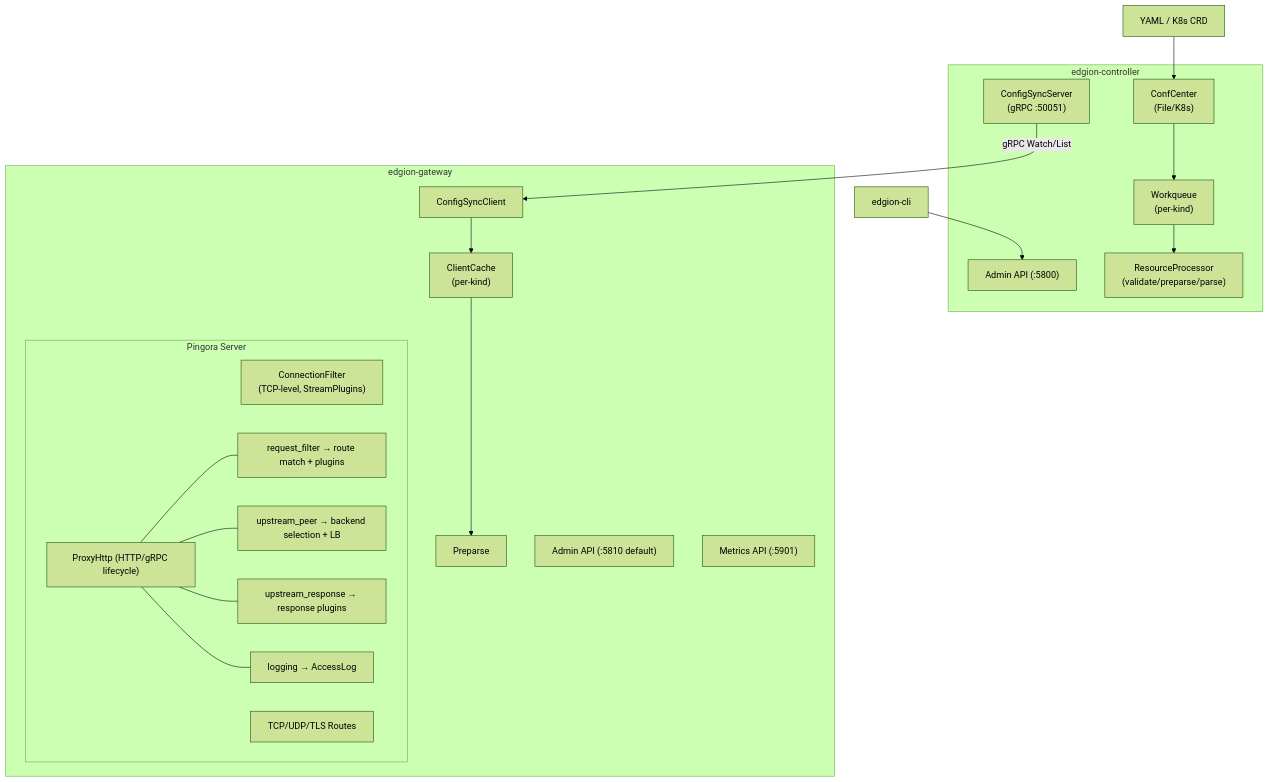
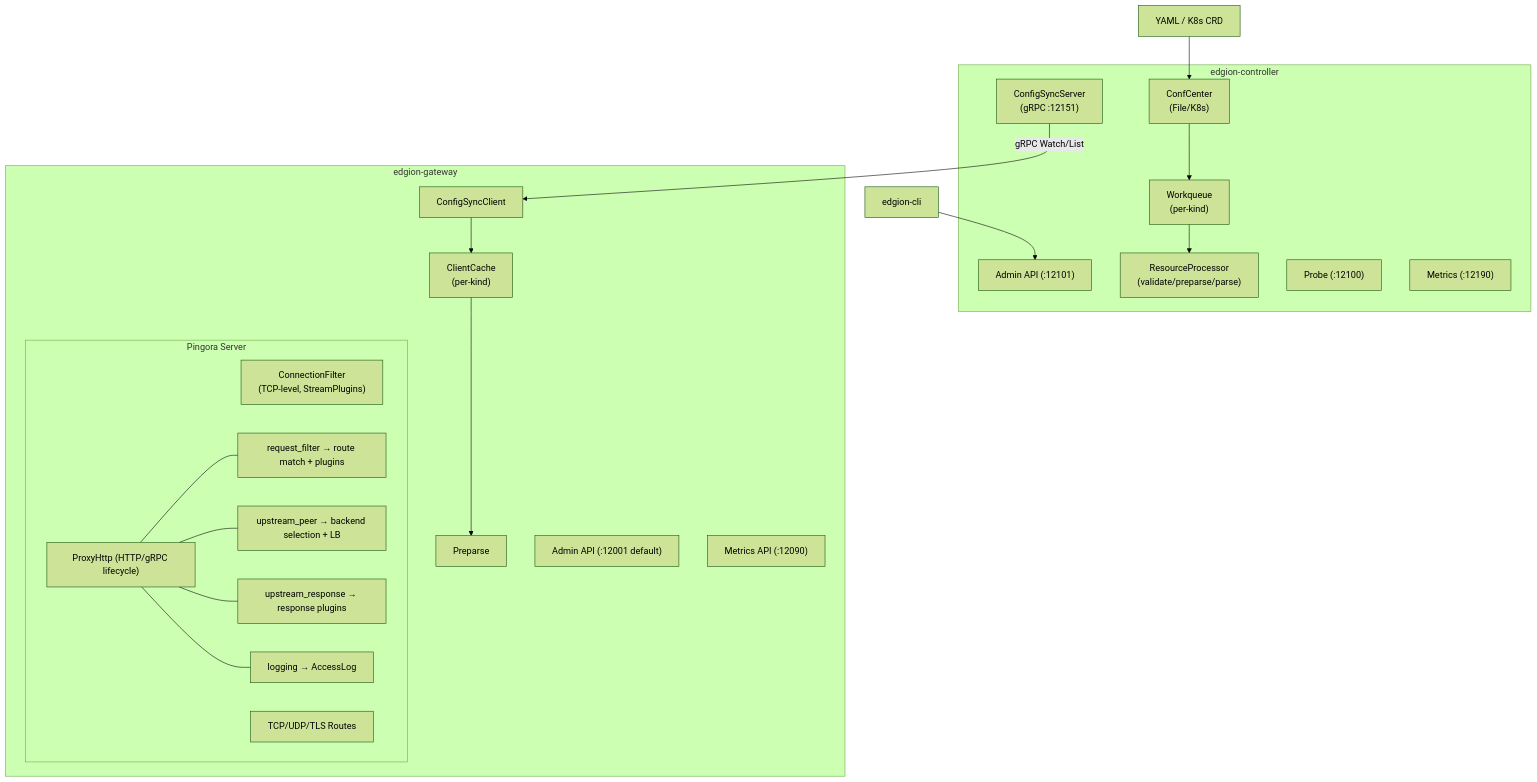
The diagram in skills/01-architecture/00-common/00-project-overview.md (Pandaala/Edgion), drawn with Mermaid (forest theme) before and after one commit. The commit also changed 126 other files, not shown here.

````diff
--- a/skills/01-architecture/00-common/00-project-overview.md
+++ b/skills/01-architecture/00-common/00-project-overview.md
@@ -10,32 +10,34 @@
 ```mermaid
 flowchart TD
     YAML["YAML / K8s CRD"] --> CC
     CLI["edgion-cli"] --> AdminCtrl
 
     subgraph Controller["edgion-controller"]
         CC["ConfCenter\n(File/K8s)"] --> WQ["Workqueue\n(per-kind)"] --> RP["ResourceProcessor\n(validate/preparse/parse)"]
-        AdminCtrl["Admin API (:5800)"]
-        SyncServer["ConfigSyncServer\n(gRPC :50051)"]
+        AdminCtrl["Admin API (:12101)"]
+        ProbeCtrl["Probe (:12100)"]
+        MetricsCtrl["Metrics (:12190)"]
+        SyncServer["ConfigSyncServer\n(gRPC :12151)"]
     end
 
     SyncServer -- "gRPC Watch/List" --> SyncClient
 
     subgraph Gateway["edgion-gateway"]
         SyncClient["ConfigSyncClient"] --> ClientCache["ClientCache\n(per-kind)"] --> Preparse["Preparse"]
         subgraph Pingora["Pingora Server"]
             ConnFilter["ConnectionFilter\n(TCP-level, StreamPlugins)"]
             ProxyHttp["ProxyHttp (HTTP/gRPC lifecycle)"]
             ReqFilter["request_filter → route match + plugins"]
             UpstreamPeer["upstream_peer → backend selection + LB"]
             UpstreamResp["upstream_response → response plugins"]
             Logging["logging → AccessLog"]
             ProxyHttp --- ReqFilter
             ProxyHttp --- UpstreamPeer
             ProxyHttp --- UpstreamResp
             ProxyHttp --- Logging
             StreamRoutes["TCP/UDP/TLS Routes"]
         end
-        AdminGw["Admin API (:5810 default)"]
-        MetricsGw["Metrics API (:5901)"]
+        AdminGw["Admin API (:12001 default)"]
+        MetricsGw["Metrics API (:12090)"]
     end
 ```
````
